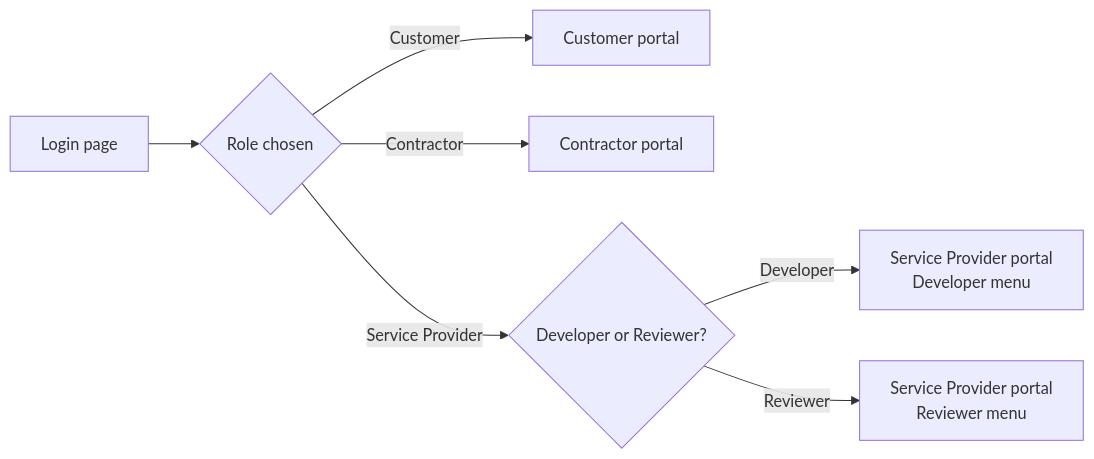
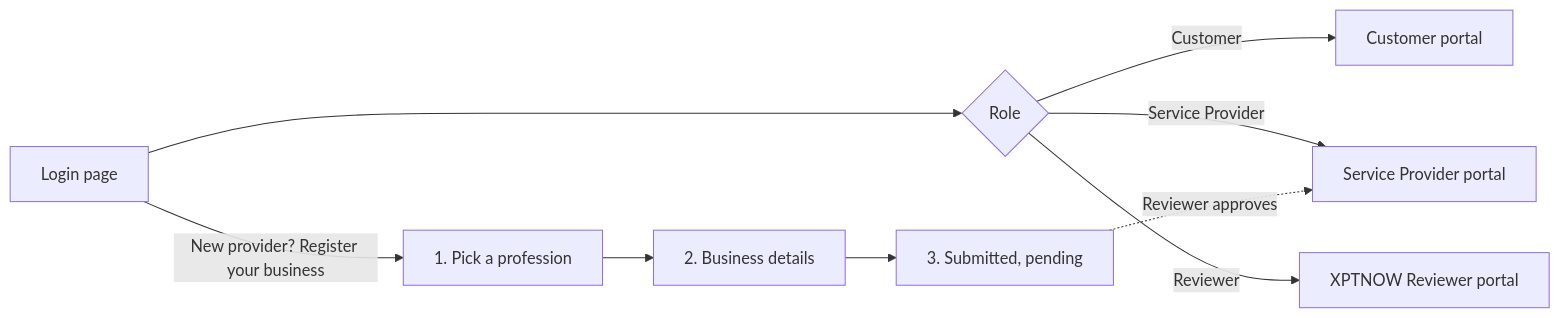
Before and after one commit to zferdous652-lab/xptnow_UI_UX: the first of 3 diagrams in docs/AppFlow.md, drawn with Mermaid. The commit also changed other lines of this file and 7 other files, not shown here.

````diff
--- a/docs/AppFlow.md
+++ b/docs/AppFlow.md
@@ -9,9 +9,11 @@
 ```mermaid
 flowchart LR
-  A[Login page] --> B{Role chosen}
+  A[Login page] --> B{Role}
   B -->|Customer| C[Customer portal]
-  B -->|Contractor| D[Contractor portal]
-  B -->|Service Provider| E{Developer or Reviewer?}
-  E -->|Developer| F[Service Provider portal<br/>Developer menu]
-  E -->|Reviewer| G[Service Provider portal<br/>Reviewer menu]
+  B -->|Service Provider| D[Service Provider portal]
+  B -->|Reviewer| E[XPTNOW Reviewer portal]
+  A -->|New provider? Register your business| R1[1. Pick a profession]
+  R1 --> R2[2. Business details]
+  R2 --> R3[3. Submitted, pending]
+  R3 -.->|Reviewer approves| D
 ```
````
